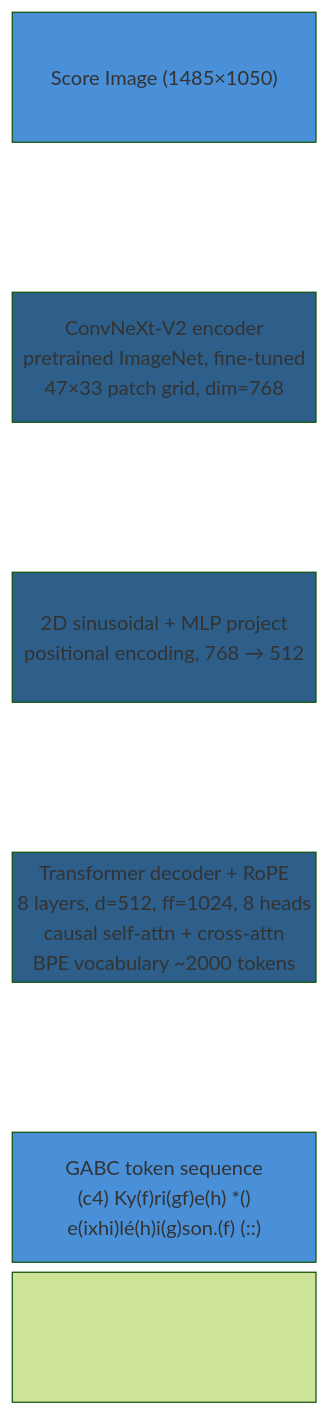
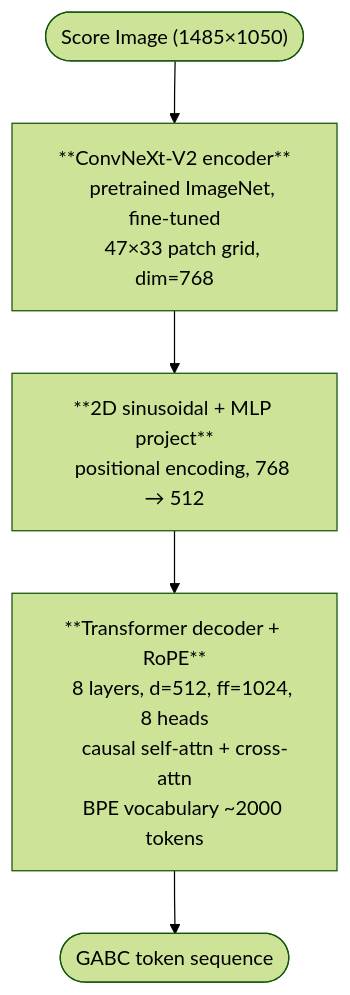
The first of 2 diagrams in README.md (pgarciaq/chant-omr), drawn with Mermaid (forest theme) before and after one commit.

Commit message:
Fix architecture diagram: clean flowchart, no custom colors
Replace ugly block-beta with a simple flowchart TD using default
Mermaid styling. Shorter labels, stadium-shaped input/output nodes.

````diff
--- a/README.md
+++ b/README.md
@@ -23,22 +23,16 @@
 ```mermaid
-block-beta
-    columns 1
-    space
-    A["Score Image (1485×1050)"]
-    space
-    B["ConvNeXt-V2 encoder\npretrained ImageNet, fine-tuned\n47×33 patch grid, dim=768"]
-    space
-    C["2D sinusoidal + MLP project\npositional encoding, 768 → 512"]
-    space
-    D["Transformer decoder + RoPE\n8 layers, d=512, ff=1024, 8 heads\ncausal self-attn + cross-attn\nBPE vocabulary ~2000 tokens"]
-    space
-    E["GABC token sequence\n(c4) Ky(f)ri(gf)e(h) *()\ne(ixhi)lé(h)i(g)son.(f) (::)"]
+flowchart TD
+    A(["Score Image (1485×1050)"])
+    B["**ConvNeXt-V2 encoder**
+    pretrained ImageNet, fine-tuned
+    47×33 patch grid, dim=768"]
+    C["**2D sinusoidal + MLP project**
+    positional encoding, 768 → 512"]
+    D["**Transformer decoder + RoPE**
+    8 layers, d=512, ff=1024, 8 heads
+    causal self-attn + cross-attn
+    BPE vocabulary ~2000 tokens"]
+    E(["GABC token sequence"])
 
     A --> B --> C --> D --> E
-
-    style A fill:#4a90d9,color:#fff
-    style B fill:#2d5f8a,color:#fff
-    style C fill:#2d5f8a,color:#fff
-    style D fill:#2d5f8a,color:#fff
-    style E fill:#4a90d9,color:#fff
 ```
````
